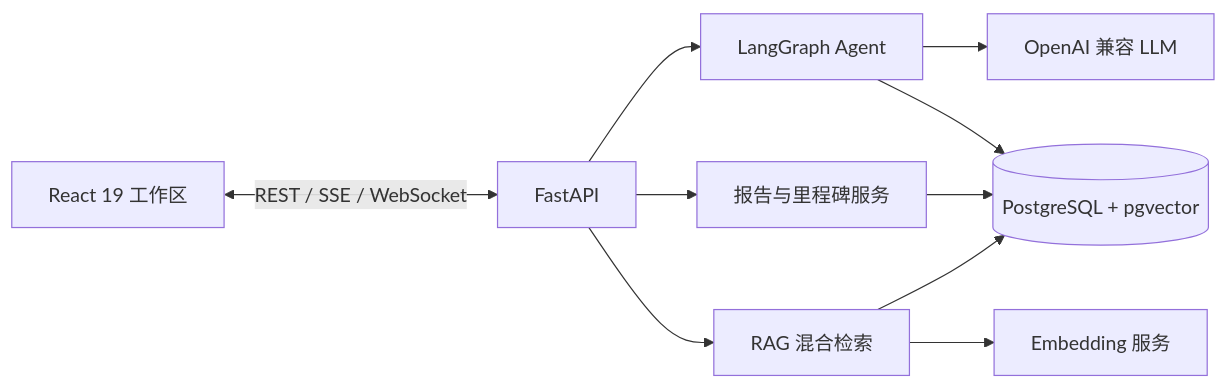
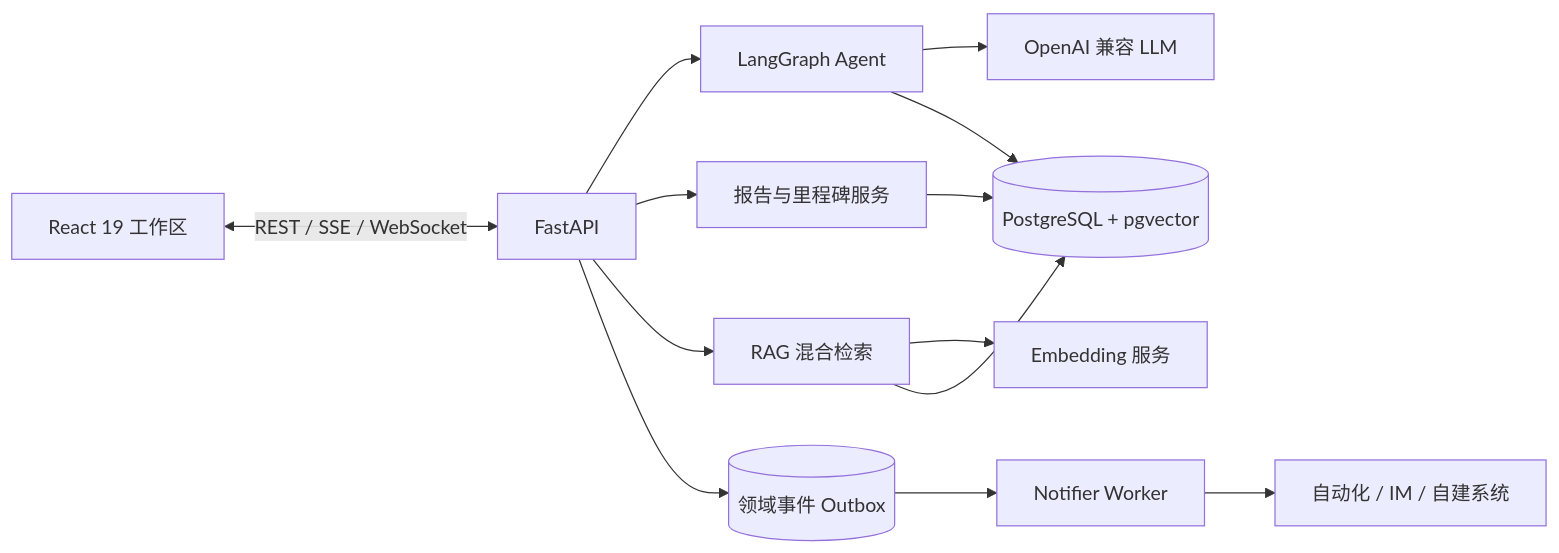
Before and after one commit to lxfight/flowmind: the diagram in README.md, drawn with Mermaid. The commit also changed other lines of this file and 3 other files, not shown here.

````diff
--- a/README.md
+++ b/README.md
@@ -98,12 +99,15 @@
 ```mermaid
 graph LR
     UI[React 19 工作区] <-->|REST / SSE / WebSocket| API[FastAPI]
     API --> AGENT[LangGraph Agent]
     API --> REPORT[报告与里程碑服务]
     API --> RAG[RAG 混合检索]
+    API --> OUTBOX[(领域事件 Outbox)]
     AGENT --> LLM[OpenAI 兼容 LLM]
     RAG --> EMB[Embedding 服务]
     AGENT --> PG[(PostgreSQL + pgvector)]
     REPORT --> PG
     RAG --> PG
+    OUTBOX --> NOTIFIER[Notifier Worker]
+    NOTIFIER --> EXT[自动化 / IM / 自建系统]
 ```
````
